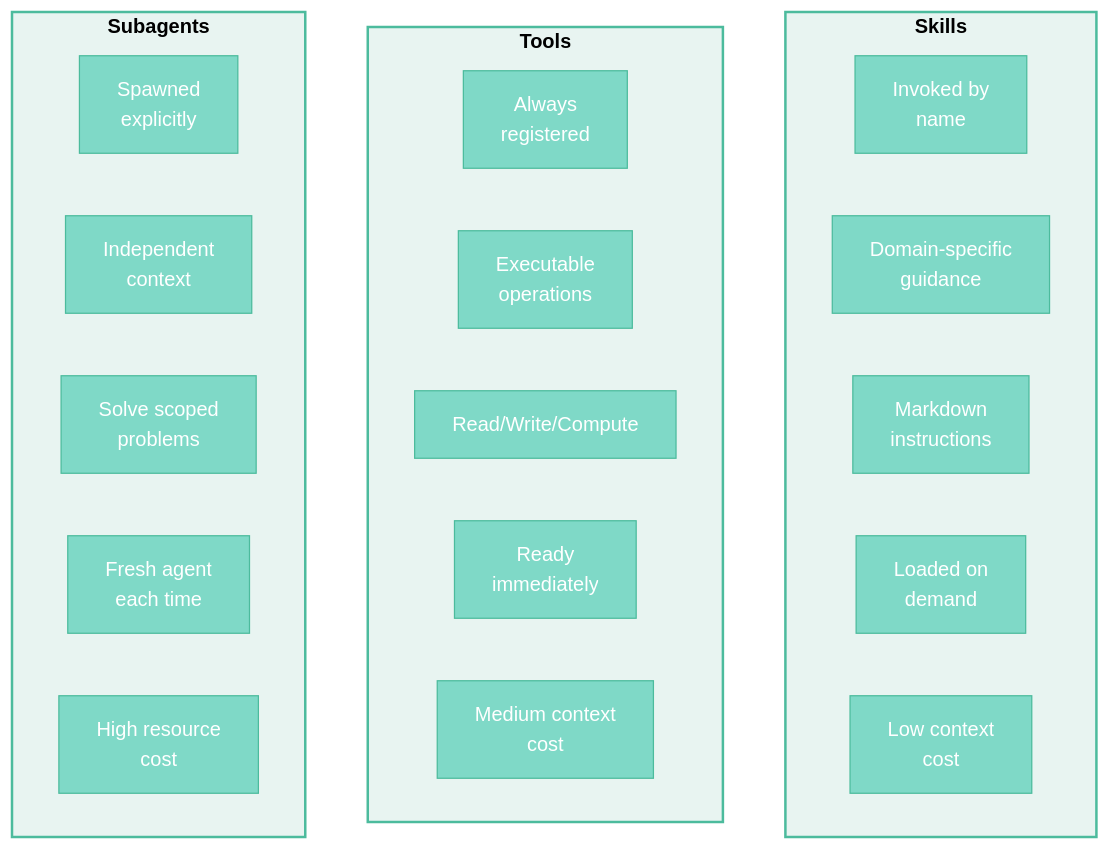
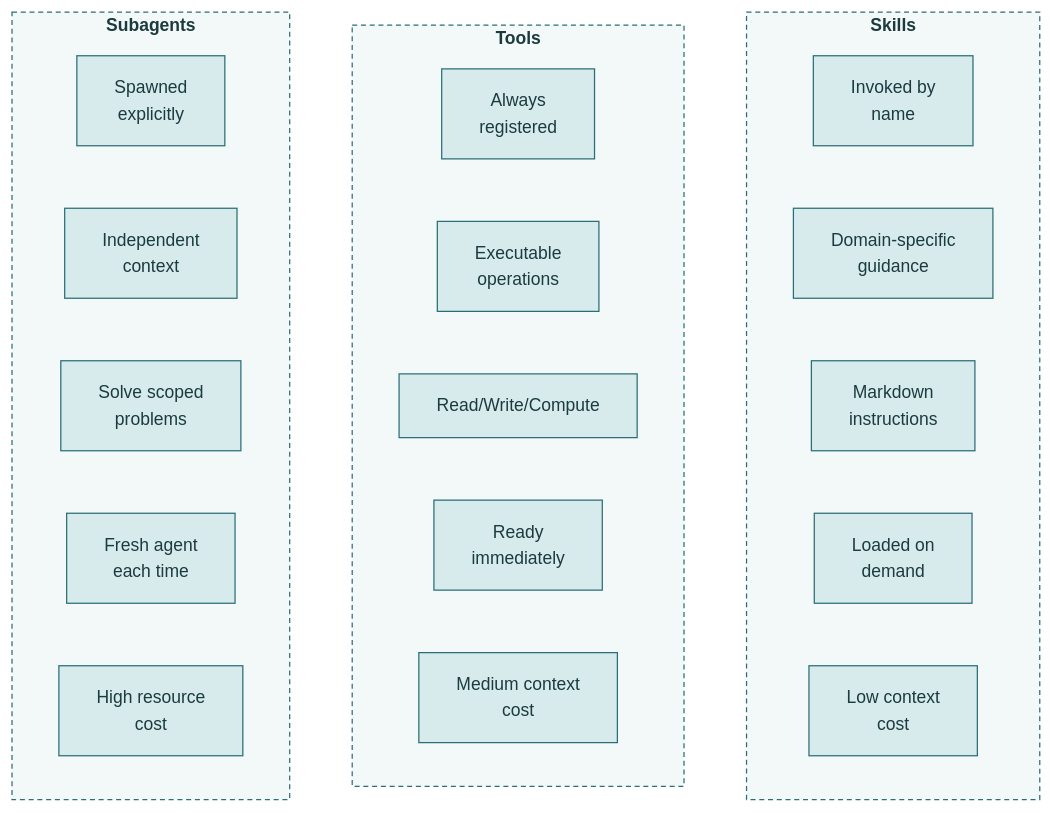
The third of 3 diagrams in btw.qmd (mjfrigaard/shiny-app-pkgs), drawn with Mermaid before and after one commit. The commit also changed other lines of this file and 22 other files, not shown here.

First line of the commit message:
Standardize mermaid diagrams on the site teal palette

````diff
--- a/btw.qmd
+++ b/btw.qmd
@@ -713,48 +713,37 @@
 ```{mermaid}
 %%| fig-cap: 'Skills vs. Tools vs. Subagents in btw'
 %%| fig-align: center
-%%{init: {'theme': 'base', 'themeVariables': { 'fontFamily': 'monospace', "darkMode":true}}}}%%
+%%{init: {'theme': 'base', 'themeVariables': { 'fontFamily': 'monospace', "fontSize":"14px", "primaryColor":"#D7EBEC", "primaryTextColor":"#1B3B3F", "primaryBorderColor":"#2A6F77", "lineColor":"#5A7F83", "edgeLabelBackground":"#FFFFFF", "clusterBkg":"#F3F8F8", "clusterBorder":"#2A6F77", "darkMode":false}}}%%
 
 flowchart TB
     subgraph Skills["<strong>Skills</strong>"]
         S1["Invoked by<br>name"]
         S2["Domain-specific<br>guidance"]
         S3["Markdown<br>instructions"]
         S4["Loaded on<br>demand"]
         S5["Low context<br>cost"]
     end
     subgraph Tools["<strong>Tools</strong>"]
         T1["Always<br>registered"]
         T2["Executable<br>operations"]
         T3["Read/Write/Compute"]
         T4["Ready<br>immediately"]
         T5["Medium context<br>cost"]
     end
     subgraph Subagents["<strong>Subagents</strong>"]
         A1["Spawned<br>explicitly"]
         A2["Independent<br>context"]
         A3["Solve scoped<br>problems"]
         A4["Fresh agent<br>each time"]
         A5["High resource<br>cost"]
     end
 
-    style Skills fill:#e8f4f1,color:#000,stroke:#4CBB9D,stroke-width:2px
-    style Tools fill:#e8f4f1,color:#000,stroke:#4CBB9D,stroke-width:2px
-    style Subagents fill:#e8f4f1,color:#000,stroke:#4CBB9D,stroke-width:2px
-    style S1 fill:#7fd9c7,color:#fff,stroke:#4CBB9D,stroke-width:1px
-    style S2 fill:#7fd9c7,color:#fff,stroke:#4CBB9D,stroke-width:1px
-    style S3 fill:#7fd9c7,color:#fff,stroke:#4CBB9D,stroke-width:1px
-    style S4 fill:#7fd9c7,color:#fff,stroke:#4CBB9D,stroke-width:1px
-    style S5 fill:#7fd9c7,color:#fff,stroke:#4CBB9D,stroke-width:1px
-    style T1 fill:#7fd9c7,color:#fff,stroke:#4CBB9D,stroke-width:1px
-    style T2 fill:#7fd9c7,color:#fff,stroke:#4CBB9D,stroke-width:1px
-    style T3 fill:#7fd9c7,color:#fff,stroke:#4CBB9D,stroke-width:1px
-    style T4 fill:#7fd9c7,color:#fff,stroke:#4CBB9D,stroke-width:1px
-    style T5 fill:#7fd9c7,color:#fff,stroke:#4CBB9D,stroke-width:1px
-    style A1 fill:#7fd9c7,color:#fff,stroke:#4CBB9D,stroke-width:1px
-    style A2 fill:#7fd9c7,color:#fff,stroke:#4CBB9D,stroke-width:1px
-    style A3 fill:#7fd9c7,color:#fff,stroke:#4CBB9D,stroke-width:1px
-    style A4 fill:#7fd9c7,color:#fff,stroke:#4CBB9D,stroke-width:1px
-    style A5 fill:#7fd9c7,color:#fff,stroke:#4CBB9D,stroke-width:1px
-
+    classDef term fill:#2A6F77,color:#FFFFFF,stroke:#1B4F55,stroke-width:1px
+    classDef step fill:#D7EBEC,color:#1B3B3F,stroke:#2A6F77,stroke-width:1px
+    classDef decision fill:#F4C26B,color:#3D2A00,stroke:#B7832B,stroke-width:1px
+    classDef io fill:#FFFFFF,color:#1B3B3F,stroke:#2A6F77,stroke-width:1px
+    class S1,S2,S3,S4,S5,T1,T2,T3,T4,T5,A1,A2,A3,A4,A5 step
+    style Skills fill:#F3F8F8,color:#1B3B3F,stroke:#2A6F77,stroke-width:1px,stroke-dasharray:4 3
+    style Tools fill:#F3F8F8,color:#1B3B3F,stroke:#2A6F77,stroke-width:1px,stroke-dasharray:4 3
+    style Subagents fill:#F3F8F8,color:#1B3B3F,stroke:#2A6F77,stroke-width:1px,stroke-dasharray:4 3
 ```
````
